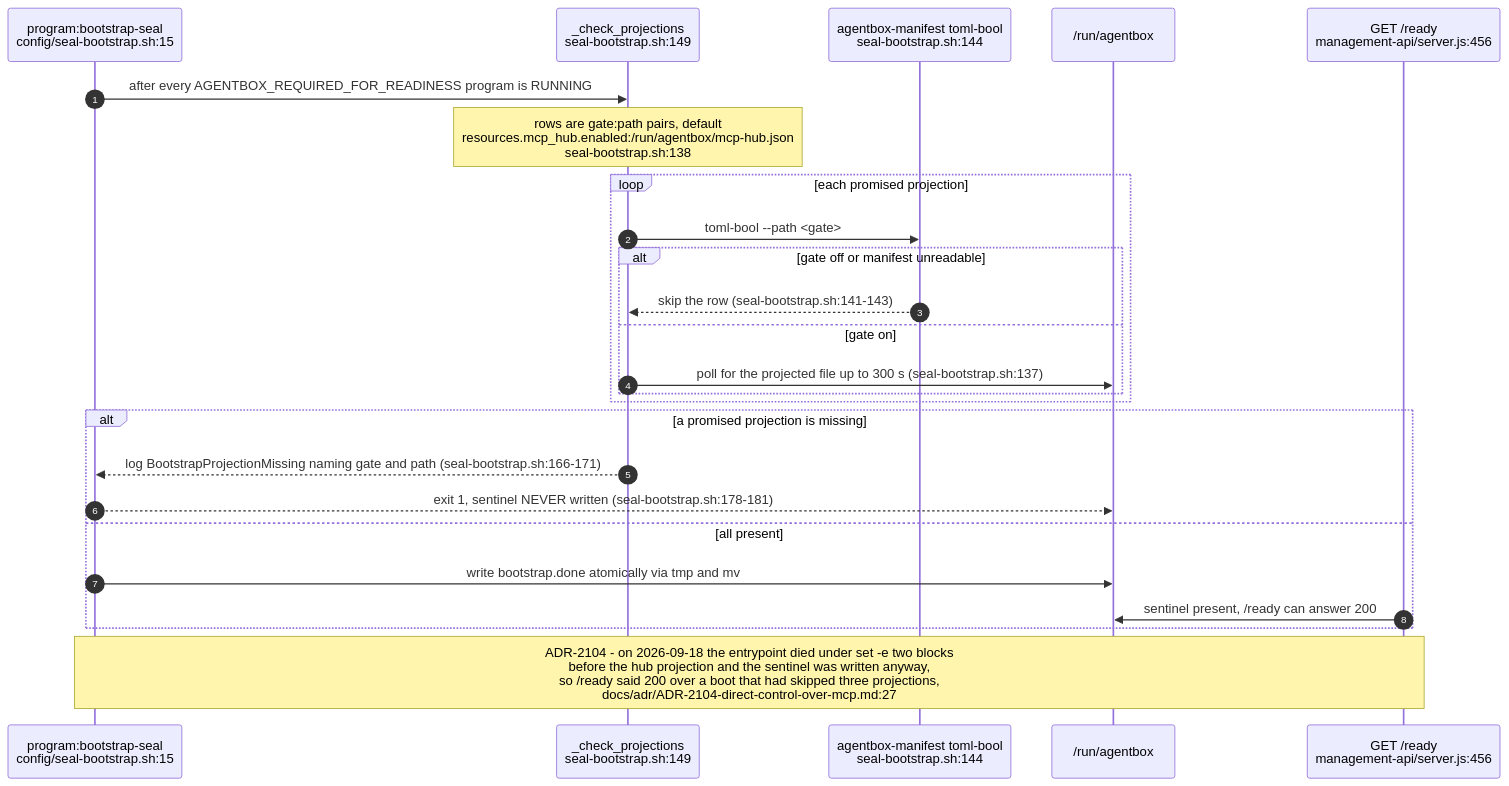
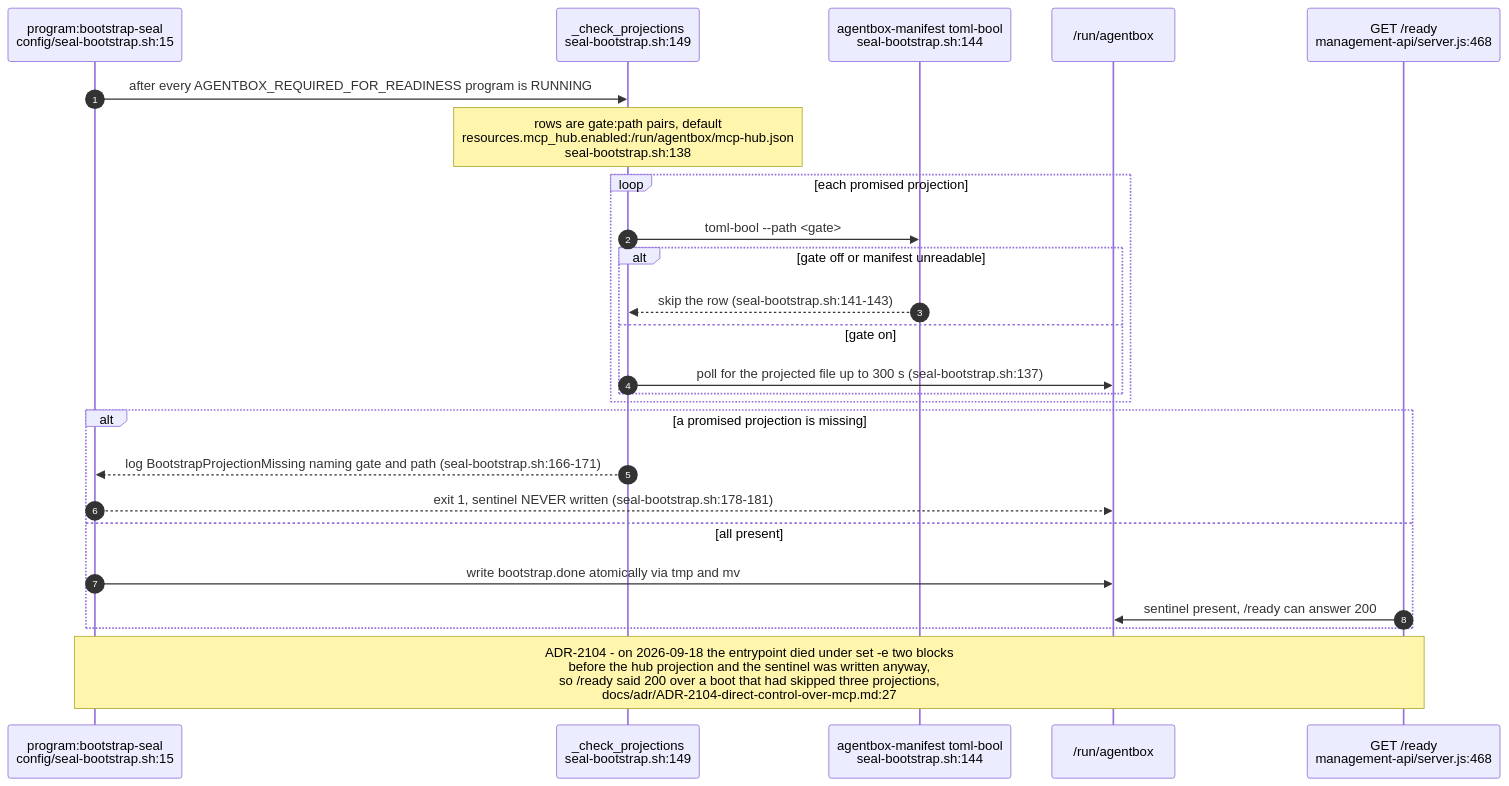
One commit to DreamLab-AI/VisionFlow changed diagram 19 of 21 in docs/diagrams/agentbox/02-boot-sequence-and-readiness.md. Above: the diagram before and after it, drawn with Mermaid. The commit also changed other lines of this file and 14 other files, not shown here.

First line of the commit message:
docs(diagrams): custody role isolation — new AB-36, re-stamp 11 topics at the custody integration head

````diff
--- a/docs/diagrams/agentbox/02-boot-sequence-and-readiness.md
+++ b/docs/diagrams/agentbox/02-boot-sequence-and-readiness.md
@@ -645,28 +686,28 @@
 ```mermaid
 sequenceDiagram
     autonumber
     participant SEAL as program:bootstrap-seal<br/>config/seal-bootstrap.sh:15
     participant CP as _check_projections<br/>seal-bootstrap.sh:149
     participant AM as agentbox-manifest toml-bool<br/>seal-bootstrap.sh:144
     participant FS as /run/agentbox
-    participant RDY as GET /ready<br/>management-api/server.js:456
+    participant RDY as GET /ready<br/>management-api/server.js:468
 
     SEAL->>CP: after every AGENTBOX_REQUIRED_FOR_READINESS program is RUNNING
     Note over CP: rows are gate:path pairs, default<br/>resources.mcp_hub.enabled:/run/agentbox/mcp-hub.json<br/>seal-bootstrap.sh:138
     loop each promised projection
         CP->>AM: toml-bool --path <gate>
         alt gate off or manifest unreadable
             AM-->>CP: skip the row (seal-bootstrap.sh:141-143)
         else gate on
             CP->>FS: poll for the projected file up to 300 s (seal-bootstrap.sh:137)
         end
     end
     alt a promised projection is missing
         CP-->>SEAL: log BootstrapProjectionMissing naming gate and path (seal-bootstrap.sh:166-171)
         SEAL-->>FS: exit 1, sentinel NEVER written (seal-bootstrap.sh:178-181)
     else all present
         SEAL->>FS: write bootstrap.done atomically via tmp and mv
         RDY->>FS: sentinel present, /ready can answer 200
     end
     Note over SEAL,RDY: ADR-2104 - on 2026-09-18 the entrypoint died under set -e two blocks<br/>before the hub projection and the sentinel was written anyway,<br/>so /ready said 200 over a boot that had skipped three projections,<br/>docs/adr/ADR-2104-direct-control-over-mcp.md:27
 ```
````
